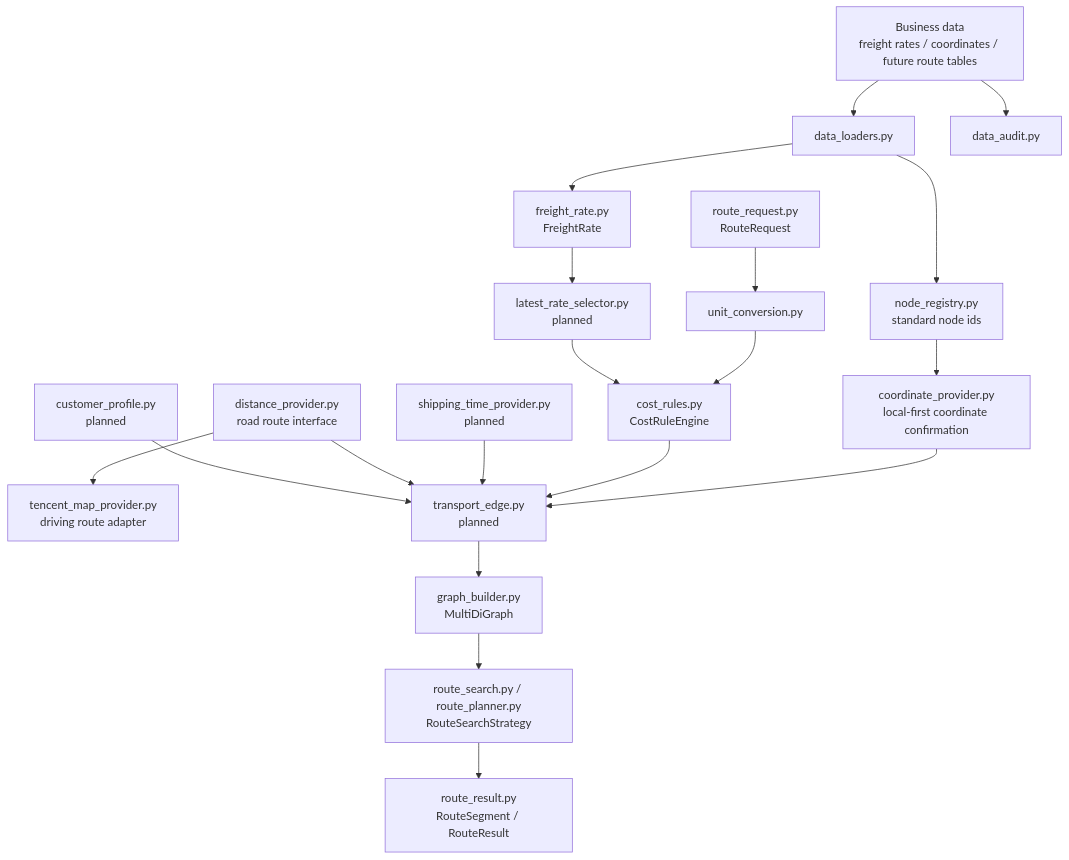
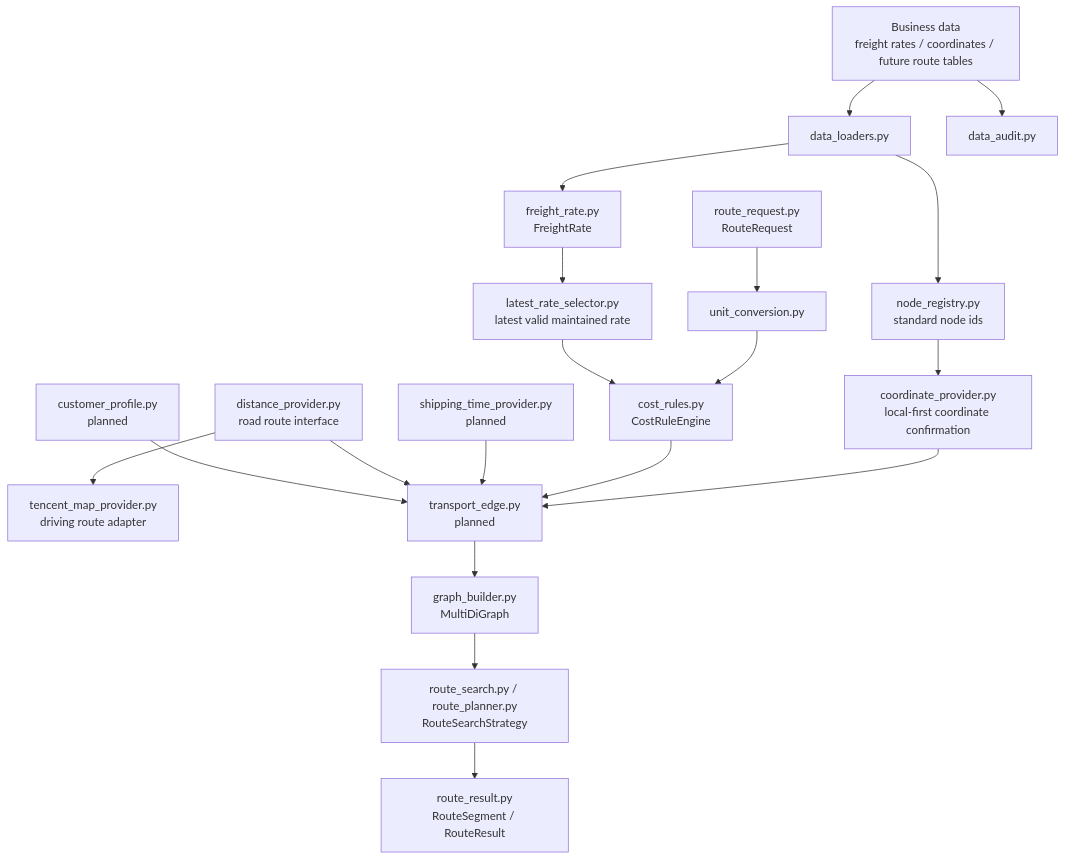
The second of 2 diagrams in docs/ARCHITECTURE.md (yumenou92-netizen/From-Port-to-Factory-A-Project-on-Transport-Route-Inference-Based-on-an-Open-Mapping-Platform), drawn with Mermaid before and after one commit. The commit also changed other lines of this file and 15 other files, not shown here.

````diff
--- a/docs/ARCHITECTURE.md
+++ b/docs/ARCHITECTURE.md
@@ -35,30 +36,30 @@
 ```mermaid
 flowchart TD
     A["Business data<br/>freight rates / coordinates / future route tables"] --> B["data_loaders.py"]
     A --> C["data_audit.py"]
 
     B --> D["node_registry.py<br/>standard node ids"]
     D --> D2["coordinate_provider.py<br/>local-first coordinate confirmation"]
     B --> E["freight_rate.py<br/>FreightRate"]
-    E --> E2["latest_rate_selector.py<br/>planned"]
+    E --> E2["latest_rate_selector.py<br/>latest valid maintained rate"]
 
     F["route_request.py<br/>RouteRequest"] --> G["unit_conversion.py"]
     G --> H["cost_rules.py<br/>CostRuleEngine"]
     E2 --> H
 
     I["shipping_time_provider.py<br/>planned"]
     J["distance_provider.py<br/>road route interface"]
     J2["tencent_map_provider.py<br/>driving route adapter"]
     K["customer_profile.py<br/>planned"]
 
     D2 --> L["transport_edge.py<br/>planned"]
     H --> L
     I --> L
     J --> J2
     J --> L
     K --> L
 
     L --> M["graph_builder.py<br/>MultiDiGraph"]
     M --> N["route_search.py / route_planner.py<br/>RouteSearchStrategy"]
     N --> O["route_result.py<br/>RouteSegment / RouteResult"]
 ```
````
